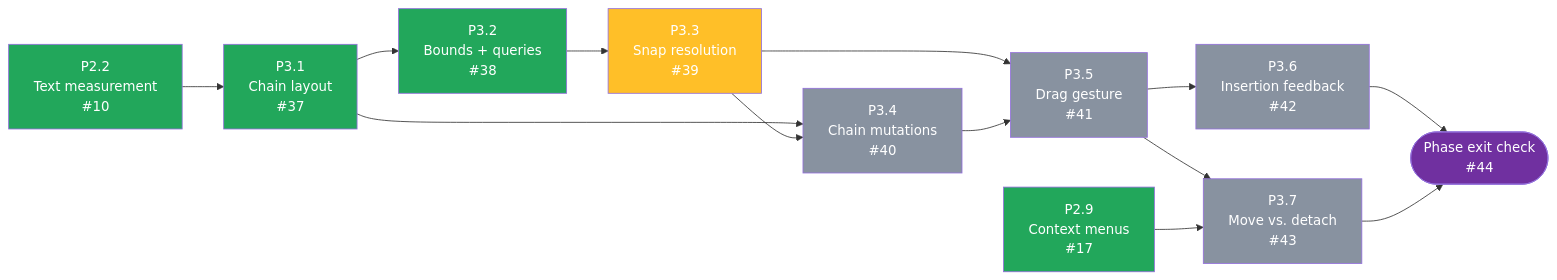
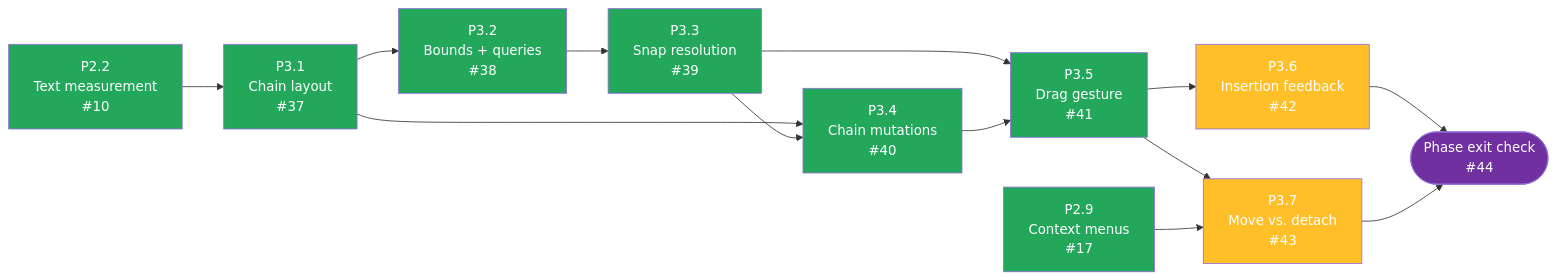
Before and after one commit to tousifosman/CalcMind: the second of 3 diagrams in docs/DEVELOPMENT_PLAN.md, drawn with Mermaid. The commit also changed other lines of this file, not shown here.

First line of the commit message:
Add P4 task dependency diagram; refresh P3's

````diff
--- a/docs/DEVELOPMENT_PLAN.md
+++ b/docs/DEVELOPMENT_PLAN.md
@@ -328,37 +328,37 @@
 ```mermaid
 flowchart LR
     P22["P2.2<br/>Text measurement<br/>#10"]
     P29["P2.9<br/>Context menus<br/>#17"]
     P31["P3.1<br/>Chain layout<br/>#37"]
     P32["P3.2<br/>Bounds + queries<br/>#38"]
     P33["P3.3<br/>Snap resolution<br/>#39"]
     P34["P3.4<br/>Chain mutations<br/>#40"]
     P35["P3.5<br/>Drag gesture<br/>#41"]
     P36["P3.6<br/>Insertion feedback<br/>#42"]
     P37["P3.7<br/>Move vs. detach<br/>#43"]
     EXIT(["Phase exit check<br/>#44"])
 
     P22 --> P31
     P31 --> P32
     P32 --> P33
     P31 --> P34
     P33 --> P34
     P33 --> P35
     P34 --> P35
     P35 --> P36
     P35 --> P37
     P29 --> P37
     P36 --> EXIT
     P37 --> EXIT
 
     style P22 fill:#22A75B,color:#fff
     style P29 fill:#22A75B,color:#fff
     style P31 fill:#22A75B,color:#fff
     style P32 fill:#22A75B,color:#fff
-    style P33 fill:#FFBF28,color:#fff
-    style P34 fill:#8892A0,color:#fff
-    style P35 fill:#8892A0,color:#fff
-    style P36 fill:#8892A0,color:#fff
-    style P37 fill:#8892A0,color:#fff
+    style P33 fill:#22A75B,color:#fff
+    style P34 fill:#22A75B,color:#fff
+    style P35 fill:#22A75B,color:#fff
+    style P36 fill:#FFBF28,color:#fff
+    style P37 fill:#FFBF28,color:#fff
     style EXIT fill:#7030A0,color:#fff
 ```
````
